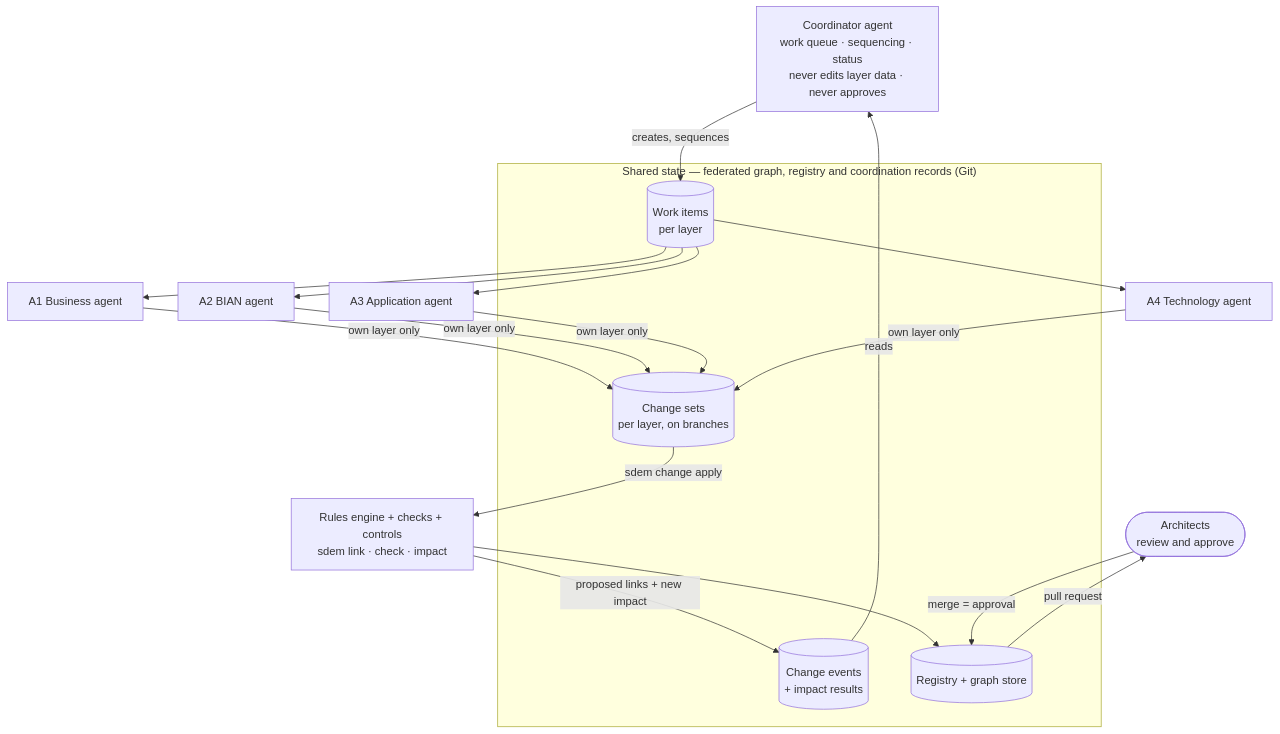
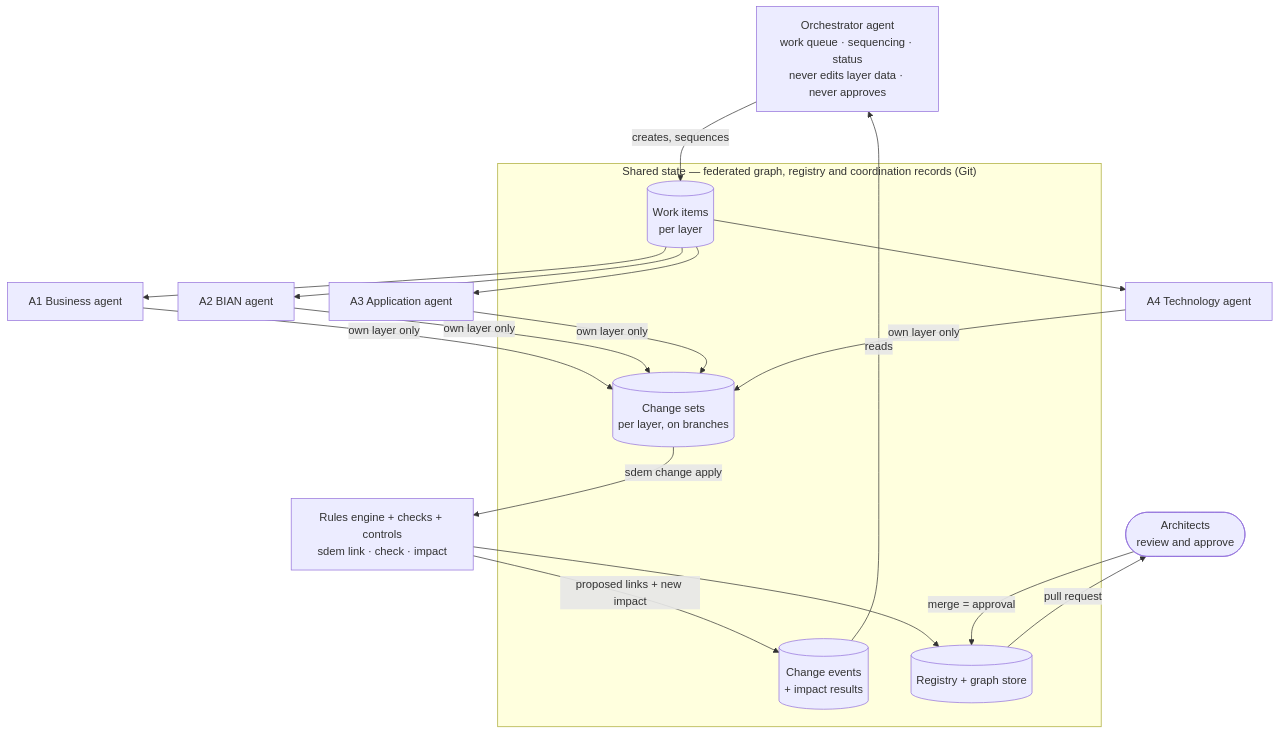
The first of 4 diagrams in docs/sdem-agent-platform-design.md (taumoeps/bian-sdem-framework), drawn with Mermaid before and after one commit. The commit also changed other lines of this file and 35 other files, not shown here.

````diff
--- a/docs/sdem-agent-platform-design.md
+++ b/docs/sdem-agent-platform-design.md
@@ -34,34 +34,34 @@
 ```mermaid
 flowchart TB
     human(["Architects<br/>review and approve"])
-    orch["Coordinator agent<br/>work queue · sequencing · status<br/>never edits layer data · never approves"]
+    orch["Orchestrator agent<br/>work queue · sequencing · status<br/>never edits layer data · never approves"]
 
     subgraph shared["Shared state — federated graph, registry and coordination records (Git)"]
         events[("Change events<br/>+ impact results")]
         work[("Work items<br/>per layer")]
         sets[("Change sets<br/>per layer, on branches")]
         reg[("Registry + graph store")]
     end
 
     a1["A1 Business agent"]
     a2["A2 BIAN agent"]
     a3["A3 Application agent"]
     a4["A4 Technology agent"]
     eng["Rules engine + checks + controls<br/>sdem link · check · impact"]
 
     events -->|"reads"| orch
     orch -->|"creates, sequences"| work
     work --> a1
     work --> a2
     work --> a3
     work --> a4
     a1 -->|"own layer only"| sets
     a2 -->|"own layer only"| sets
     a3 -->|"own layer only"| sets
     a4 -->|"own layer only"| sets
     sets -->|"sdem change apply"| eng
     eng -->|"proposed links + new impact"| events
     eng --> reg
     reg -->|"pull request"| human
     human -->|"merge = approval"| reg
 ```
````
